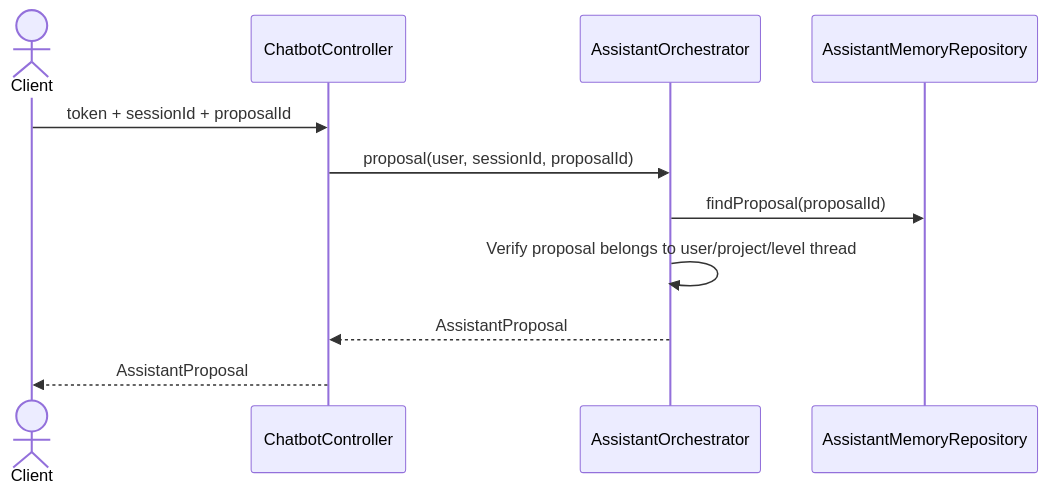
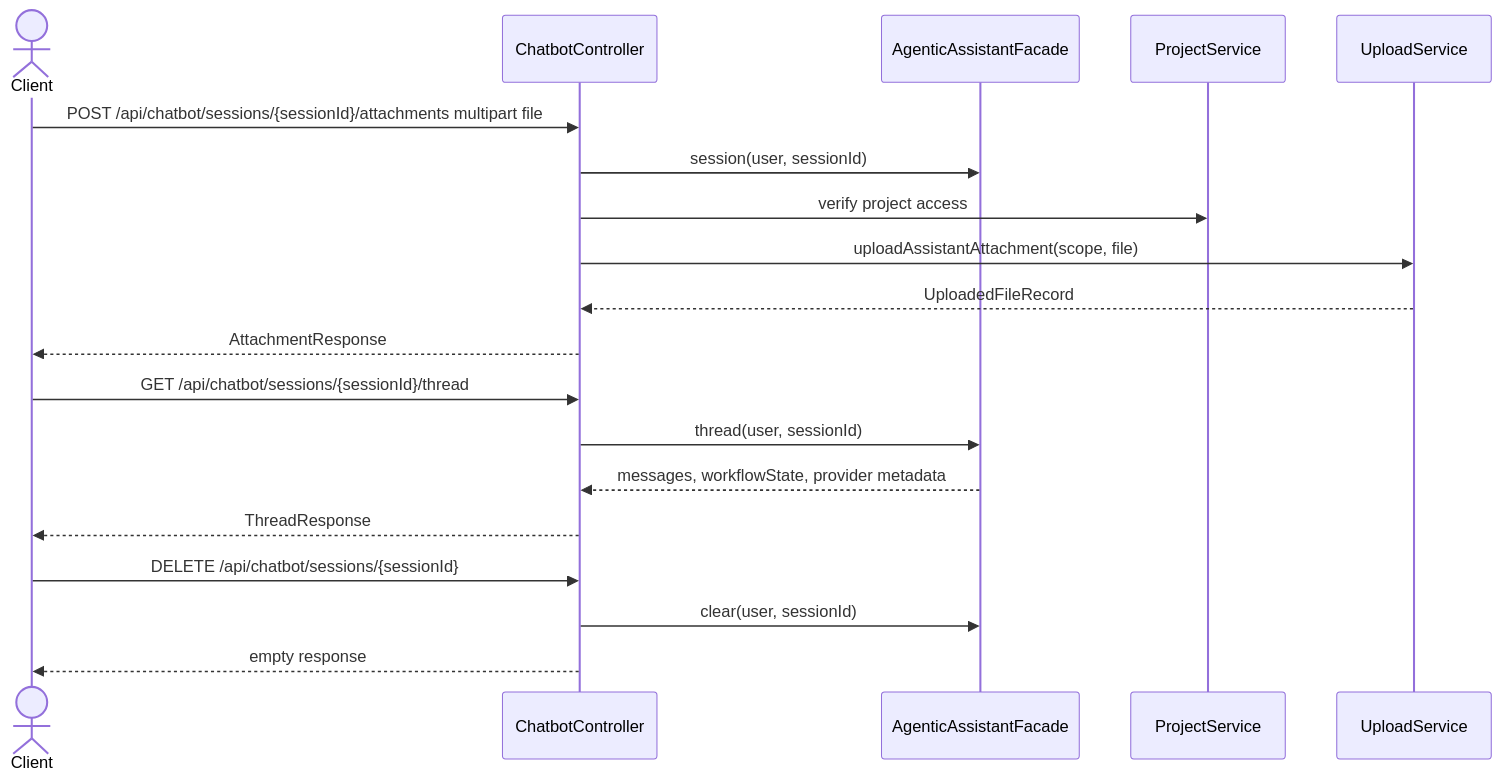
One commit to mehdieidi/modriss changed the fifth of 5 diagrams in docs/diagrams/13-api-assistant-sequences.md. Above: the diagram before and after it, drawn with Mermaid. The commit also changed other lines of this file and 37 other files, not shown here.

````diff
--- a/docs/diagrams/13-api-assistant-sequences.md
+++ b/docs/diagrams/13-api-assistant-sequences.md
@@ -158,13 +101,24 @@
 ```mermaid
 sequenceDiagram
     actor Client
     participant C as ChatbotController
-    participant O as AssistantOrchestrator
-    participant Mem as AssistantMemoryRepository
-    Client->>C: token + sessionId + proposalId
-    C->>O: proposal(user, sessionId, proposalId)
-    O->>Mem: findProposal(proposalId)
-    O->>O: Verify proposal belongs to user/project/level thread
-    O-->>C: AssistantProposal
-    C-->>Client: AssistantProposal
+    participant A as AgenticAssistantFacade
+    participant P as ProjectService
+    participant U as UploadService
+
+    Client->>C: POST /api/chatbot/sessions/{sessionId}/attachments multipart file
+    C->>A: session(user, sessionId)
+    C->>P: verify project access
+    C->>U: uploadAssistantAttachment(scope, file)
+    U-->>C: UploadedFileRecord
+    C-->>Client: AttachmentResponse
+
+    Client->>C: GET /api/chatbot/sessions/{sessionId}/thread
+    C->>A: thread(user, sessionId)
+    A-->>C: messages, workflowState, provider metadata
+    C-->>Client: ThreadResponse
+
+    Client->>C: DELETE /api/chatbot/sessions/{sessionId}
+    C->>A: clear(user, sessionId)
+    C-->>Client: empty response
 ```
````
